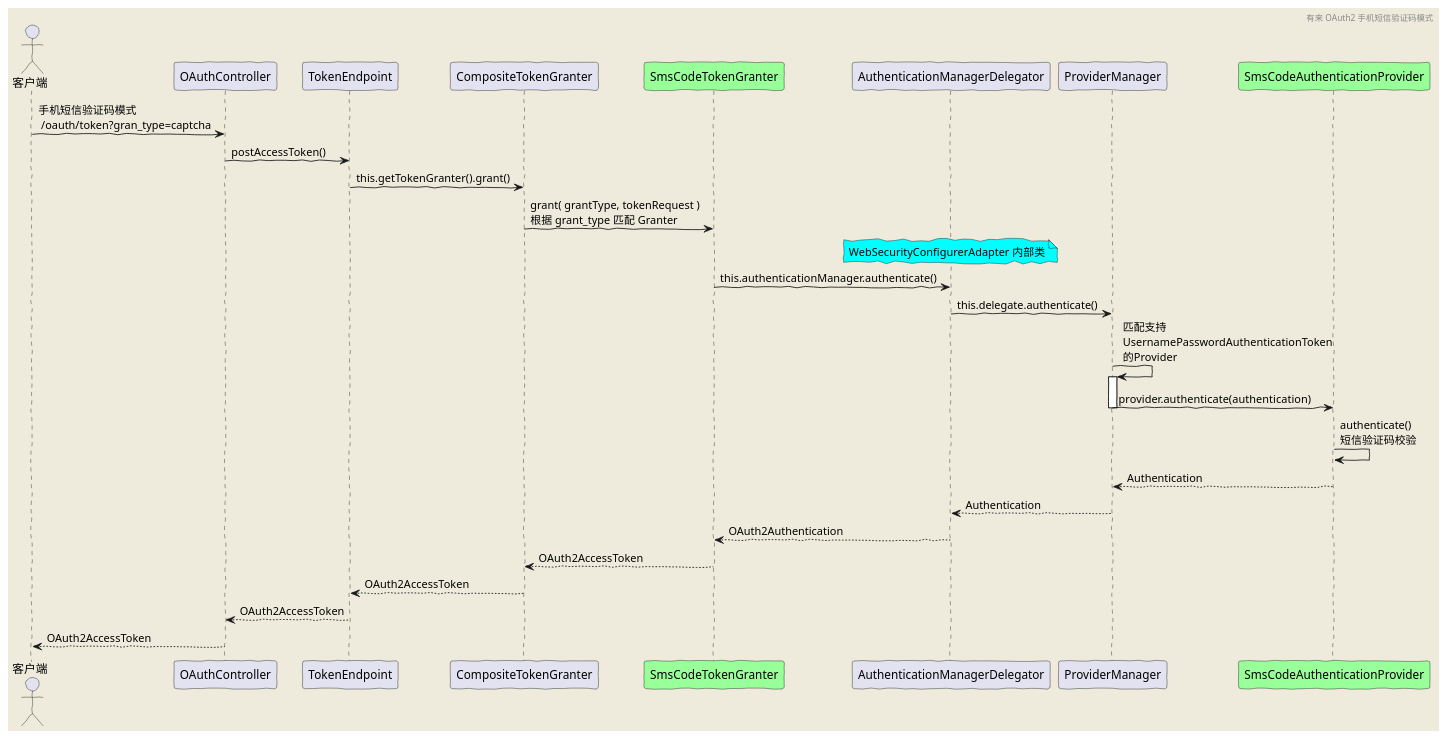
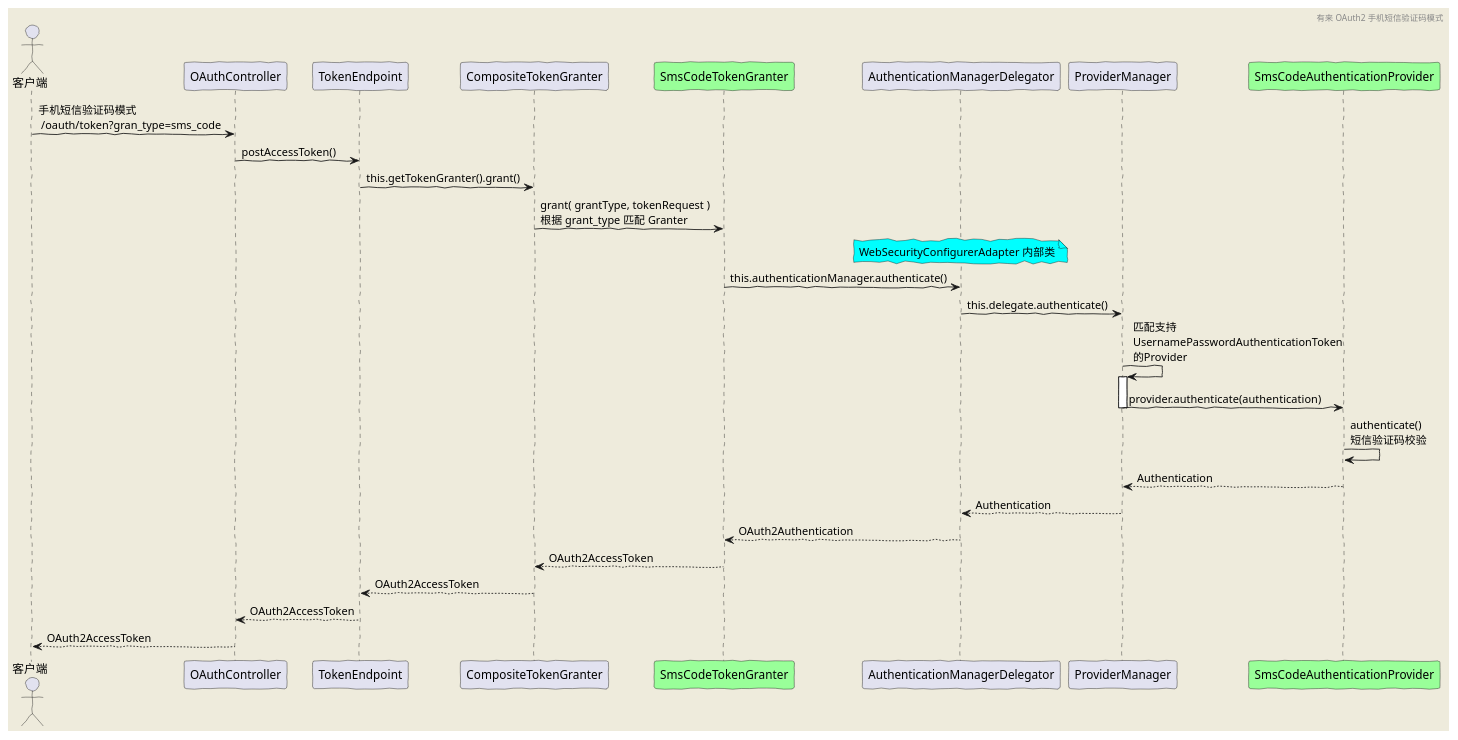
Before and after one commit to youlaitech/youlai-mall: the diagram in doc/diagram/oauth2/sms_code.puml, drawn with PlantUML. The commit also changed 1 other file, not shown here.

Commit message:
feat(diagram):优化密码模式，添加验证码和手机短信验证码模式

```diff
--- a/doc/diagram/oauth2/sms_code.puml
+++ b/doc/diagram/oauth2/sms_code.puml
@@ -2,36 +2,36 @@
 @startuml
 'https://plantuml.com/sequence-diagram
 skinparam backgroundColor #EEEBDC
 skinparam handwritten true
 
 header 有来 OAuth2 手机短信验证码模式
 
 actor 客户端
 
 
-客户端 -> OAuthController: 手机短信验证码模式 \n /oauth/token?gran_type=captcha
+客户端 -> OAuthController: 手机短信验证码模式 \n /oauth/token?gran_type=sms_code
 OAuthController -> TokenEndpoint: postAccessToken()
 TokenEndpoint -> CompositeTokenGranter: this.getTokenGranter().grant()
 participant SmsCodeTokenGranter #99FF99
 CompositeTokenGranter->SmsCodeTokenGranter: grant( grantType, tokenRequest )\n根据 grant_type 匹配 Granter
 note over of AuthenticationManagerDelegator #aqua
 WebSecurityConfigurerAdapter 内部类
 end note
 SmsCodeTokenGranter-> AuthenticationManagerDelegator:this.authenticationManager.authenticate()
 AuthenticationManagerDelegator -> ProviderManager: this.delegate.authenticate()
 ProviderManager -> ProviderManager: 匹配支持\nUsernamePasswordAuthenticationToken\n的Provider
 
 activate ProviderManager
 participant SmsCodeAuthenticationProvider #99FF99
 ProviderManager -> SmsCodeAuthenticationProvider: provider.authenticate(authentication)
 deactivate ProviderManager
 
 SmsCodeAuthenticationProvider -> SmsCodeAuthenticationProvider:authenticate()\n短信验证码校验
 ProviderManager <-- SmsCodeAuthenticationProvider: Authentication
 AuthenticationManagerDelegator <-- ProviderManager: Authentication
 SmsCodeTokenGranter <-- AuthenticationManagerDelegator: OAuth2Authentication
 CompositeTokenGranter <-- SmsCodeTokenGranter: OAuth2AccessToken
 TokenEndpoint <-- CompositeTokenGranter:OAuth2AccessToken
 OAuthController <-- TokenEndpoint:OAuth2AccessToken
 客户端 <-- OAuthController: OAuth2AccessToken
 @enduml
```
